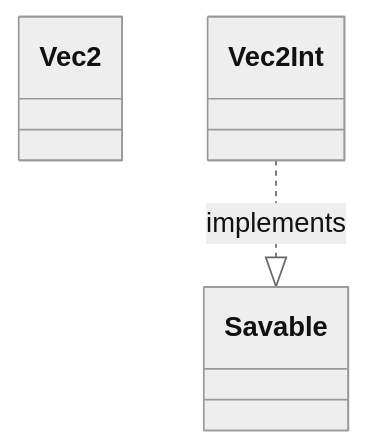
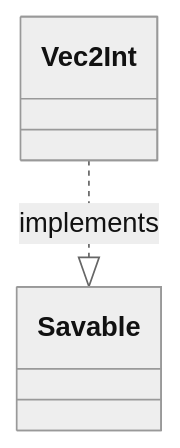
Before and after one commit to Rimaro03/docs-exam-slayer: the tenth of 10 diagrams in docs/design/class_diagrams.md, drawn with Mermaid (neutral theme). The commit also changed other lines of this file and 2 other files, not shown here.

Commit message:
finished movement sequence diagram

````diff
--- a/docs/design/class_diagrams.md
+++ b/docs/design/class_diagrams.md
@@ -257,6 +212,4 @@
 ```mermaid
 classDiagram
-  class Vec2
-
   Vec2Int ..|> Savable: implements
 ```
````
